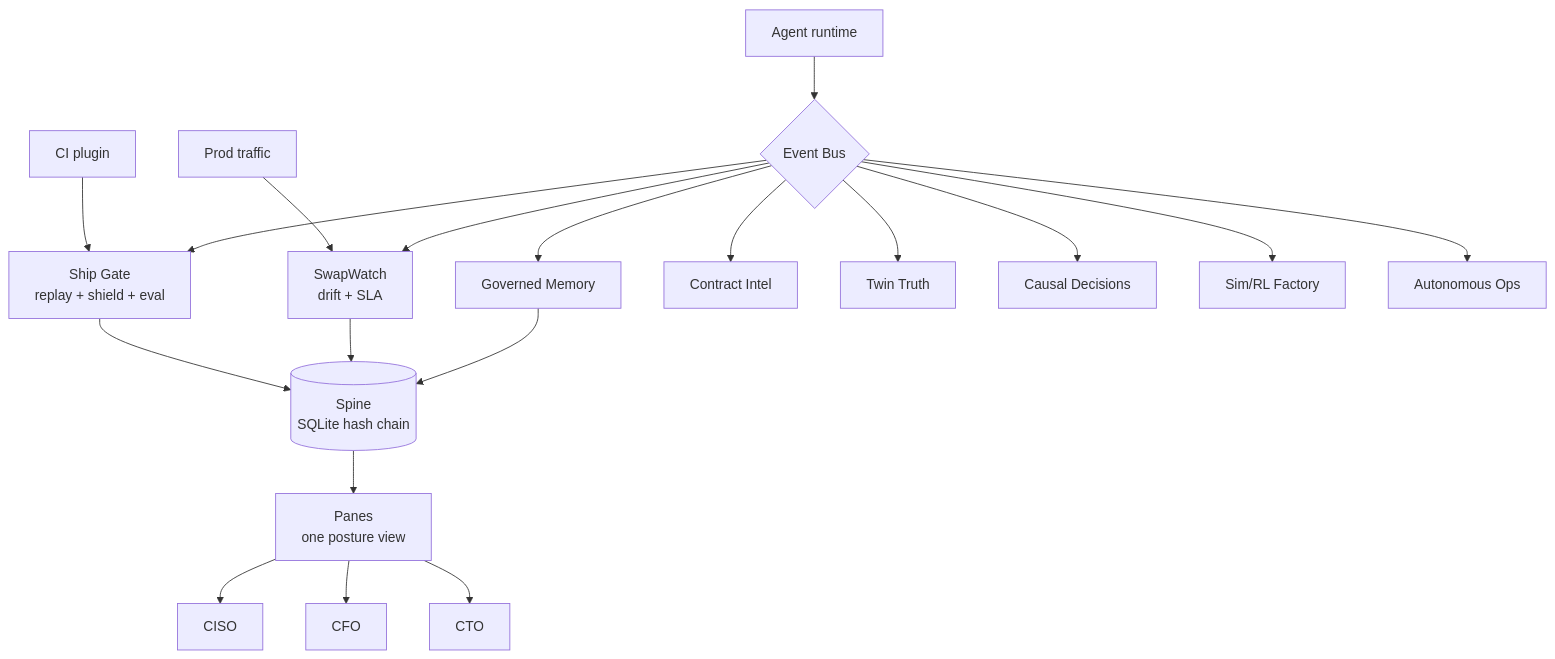
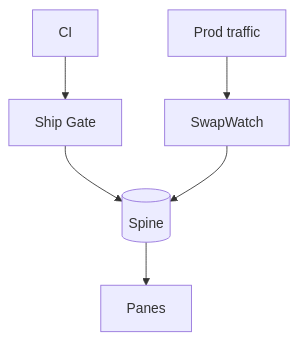
Before and after one commit to harshaaaaw/AEGIS: the diagram in README.md, drawn with Mermaid. The commit also changed other lines of this file, not shown here.

Commit message:
simple flow: 116 lines, 60-sec scan - intro 2 para, gap 3 lines, 5-row features, collapsed details

````diff
--- a/README.md
+++ b/README.md
@@ -101,21 +66,8 @@
 ```mermaid
 graph TB
-  CI[CI plugin] --> Gate[Ship Gate<br/>replay + shield + eval]
-  Prod[Prod traffic] --> Watch[SwapWatch<br/>drift + SLA]
-  Agent[Agent runtime] --> Bus{Event Bus}
-  Bus --> Gate
-  Bus --> Watch
-  Bus --> Memory[Governed Memory]
-  Bus --> Contract[Contract Intel]
-  Bus --> Twin[Twin Truth]
-  Bus --> Causal[Causal Decisions]
-  Bus --> Sim[Sim/RL Factory]
-  Bus --> Ops[Autonomous Ops]
-  Gate --> Spine[(Spine<br/>SQLite hash chain)]
+  CI[CI] --> Gate[Ship Gate]
+  Prod[Prod traffic] --> Watch[SwapWatch]
+  Gate --> Spine[(Spine)]
   Watch --> Spine
-  Memory --> Spine
-  Spine --> Panes[Panes<br/>one posture view]
-  Panes --> CISO[CISO]
-  Panes --> CFO[CFO]
-  Panes --> CTO[CTO]
+  Spine --> Panes[Panes]
 ```
````
